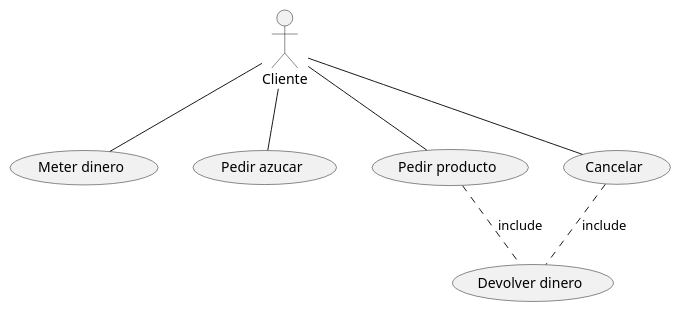
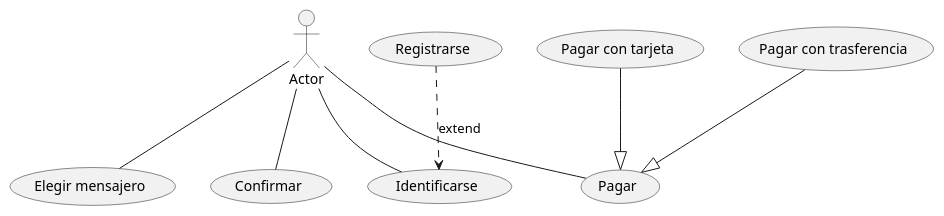
Before and after one commit to Carlosmanuelpre/CasosDeUsoUML: the diagram in src/CasosDeUsoUML.puml, drawn with PlantUML.

Commit message:
Este perteneceria al ejemplo de tienda de internet en el que se incluyen un Actor y 7 casos de uso, 4 de ellos  asociados a Actor y los otros 3 se relacionan entre los casos de uso del mismo, "Registrarse" contiene un extend  y los otros dos tienen una asociacion de diferente tipo

```diff
--- a/src/CasosDeUsoUML.puml
+++ b/src/CasosDeUsoUML.puml
@@ -2,17 +2,21 @@
 @startuml
-:Cliente:
-(Meter dinero)
-(Pedir azucar)
-(Pedir producto)
-(Cancelar)
-(Devolver dinero)
+:Actor:
+(Identificarse)
+(Pagar)
+(Elegir mensajero)
+(Confirmar)
+(Registrarse)
+(Pagar con tarjeta)
+(Pagar con trasferencia)
 
-Cliente -- (Meter dinero)
-Cliente -- (Pedir azucar)
-Cliente -- (Pedir producto)
-Cliente -- (Cancelar)
+Actor -- (Identificarse)
+Actor -- (Pagar)
+Actor -- (Elegir mensajero)
+Actor -- (Confirmar)
 
-(Cancelar)..(Devolver dinero) : include
-(Pedir producto)..(Devolver dinero) : include
+(Registrarse)..> (Identificarse) : extend
+(Pagar con tarjeta) --|> (Pagar)
+(Pagar con trasferencia) --|> (Pagar)
+
 
 @enduml
```
